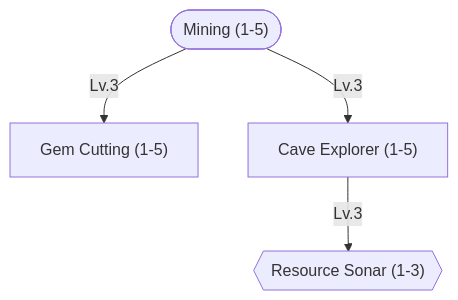
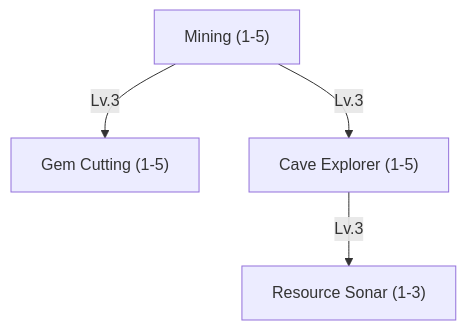
One commit to tfelix/bestia-docs changed the ninth of 16 diagrams in content/docs/mechanics/master.md. Above: the diagram before and after it, drawn with Mermaid. The commit also changed other lines of this file and 2 other files, not shown here.

````diff
--- a/content/docs/mechanics/master.md
+++ b/content/docs/mechanics/master.md
@@ -679,11 +677,11 @@
 ```mermaid
 graph TD
-    Mining(["Mining (1-5)"])
+    Mining["Mining (1-5)"]
     GemCutting["Gem Cutting (1-5)"]
     CaveExplorer["Cave Explorer (1-5)"]
-    ResourceSonar{{"Resource Sonar (1-3)"}}
+    ResourceSonar["Resource Sonar (1-3)"]
 
     Mining -->|Lv.3| GemCutting
     Mining -->|Lv.3| CaveExplorer
     CaveExplorer -->|Lv.3| ResourceSonar
 ```
````
